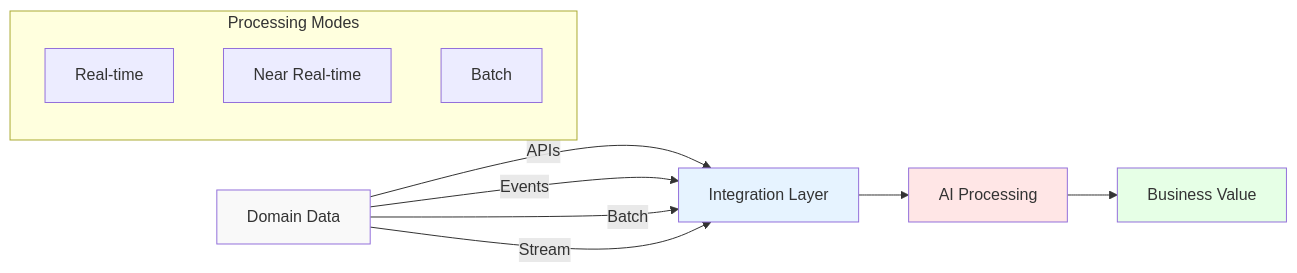
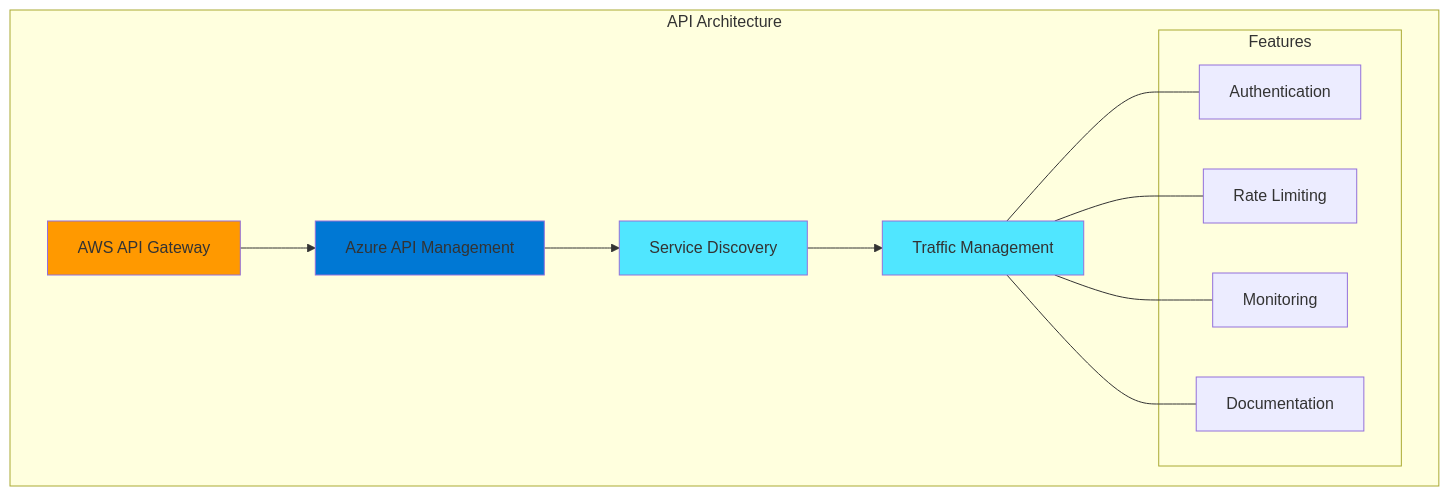
One commit to data-octo/agentic_ai_research changed the second of 9 diagrams in enterprise_data_architecture/chapters/06_integration.md. Above: the diagram before and after it, drawn with Mermaid. The commit also changed other lines of this file and 11 other files, not shown here.

````diff
--- a/enterprise_data_architecture/chapters/06_integration.md
+++ b/enterprise_data_architecture/chapters/06_integration.md
@@ -41,21 +36,25 @@
 ```mermaid
-flowchart LR
-    A[Domain Data] -->|APIs| B[Integration Layer]
-    A -->|Events| B
-    A -->|Batch| B
-    A -->|Stream| B
-    
-    B --> C[AI Processing]
-    C --> D[Business Value]
-    
-    subgraph "Processing Modes"
-        E[Real-time]
-        F[Near Real-time]
-        G[Batch]
+graph TB
+    subgraph "API Architecture"
+        A[AWS API Gateway] --> B[Azure API Management]
+        B --> C[Service Discovery]
+        C --> D[Traffic Management]
+        
+        subgraph "Features"
+            E[Authentication]
+            F[Rate Limiting]
+            G[Monitoring]
+            H[Documentation]
+        end
+        
+        D --- E
+        D --- F
+        D --- G
+        D --- H
     end
     
-    style A fill:#f9f9f9
-    style B fill:#e6f3ff
-    style C fill:#ffe6e6
-    style D fill:#e6ffe6
+    style A fill:#ff9900
+    style B fill:#0078d4
+    style C fill:#50e6ff
+    style D fill:#50e6ff
 ```
````
